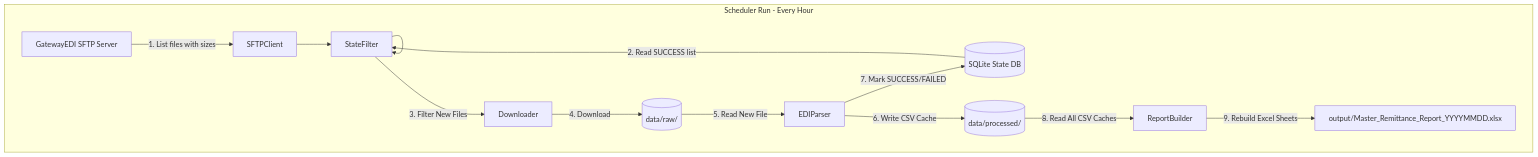
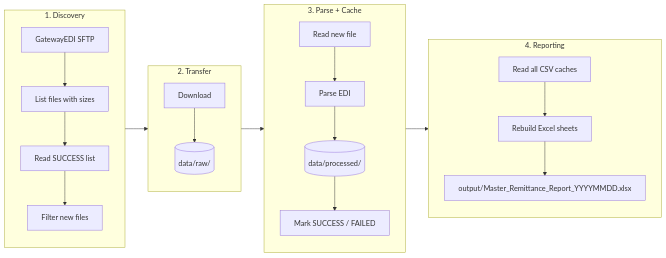
One commit to mohitagr18/trizetto_file changed the diagram in README.md. Above: the diagram before and after it, drawn with Mermaid.

````diff
--- a/README.md
+++ b/README.md
@@ -11,21 +11,38 @@
 ```mermaid
-graph TD
-    SFTP[GatewayEDI SFTP Server]
-    DB[(SQLite State DB)]
-    RawFolder[(data/raw/)]
-    CSVCache[(data/processed/)]
-    Output[output/Master_Remittance_Report_YYYYMMDD.xlsx]
+flowchart LR
 
-    subgraph Scheduler Run - Every Hour
-        SFTP -- 1. List files with sizes --> SFTPClient
-        DB -- 2. Read SUCCESS list --> StateFilter
-        SFTPClient & StateFilter --> StateFilter
-        StateFilter -- 3. Filter New Files --> Downloader
-        Downloader -- 4. Download --> RawFolder
-        RawFolder -- 5. Read New File --> EDIParser
-        EDIParser -- 6. Write CSV Cache --> CSVCache
-        EDIParser -- 7. Mark SUCCESS/FAILED --> DB
-        CSVCache -- 8. Read All CSV Caches --> ReportBuilder
-        ReportBuilder -- 9. Rebuild Excel Sheets --> Output
+    subgraph DISC["1. Discovery"]
+        direction TB
+        D1["GatewayEDI SFTP"]
+        D2["List files with sizes"]
+        D3["Read SUCCESS list"]
+        D4["Filter new files"]
+        D1 --> D2 --> D3 --> D4
     end
+
+    subgraph XFER["2. Transfer"]
+        direction TB
+        X1["Download"]
+        X2[("data/raw/")]
+        X1 --> X2
+    end
+
+    subgraph PARSE["3. Parse + Cache"]
+        direction TB
+        P1["Read new file"]
+        P2["Parse EDI"]
+        P3[("data/processed/")]
+        P4["Mark SUCCESS / FAILED"]
+        P1 --> P2 --> P3 --> P4
+    end
+
+    subgraph REPORT["4. Reporting"]
+        direction TB
+        R1["Read all CSV caches"]
+        R2["Rebuild Excel sheets"]
+        R3["output/Master_Remittance_Report_YYYYMMDD.xlsx"]
+        R1 --> R2 --> R3
+    end
+
+    DISC --> XFER --> PARSE --> REPORT
 ```
````
